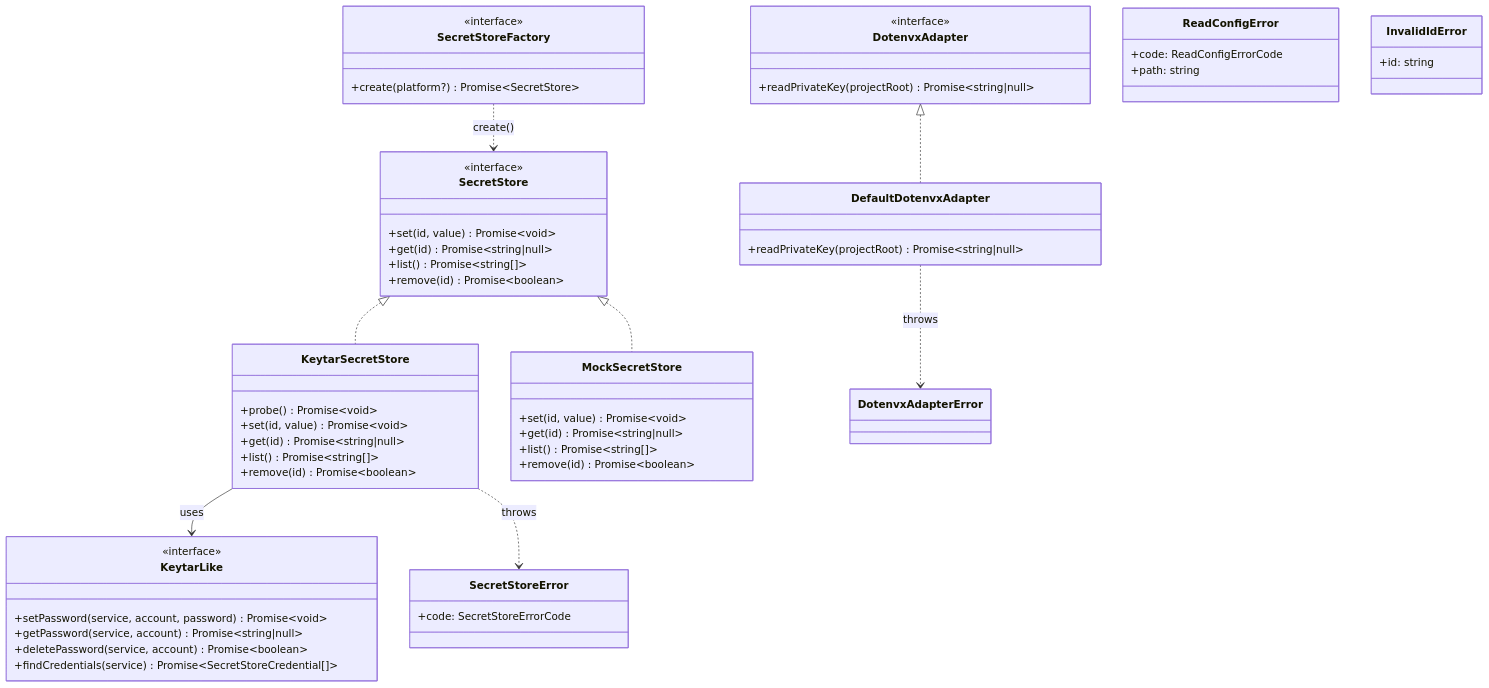
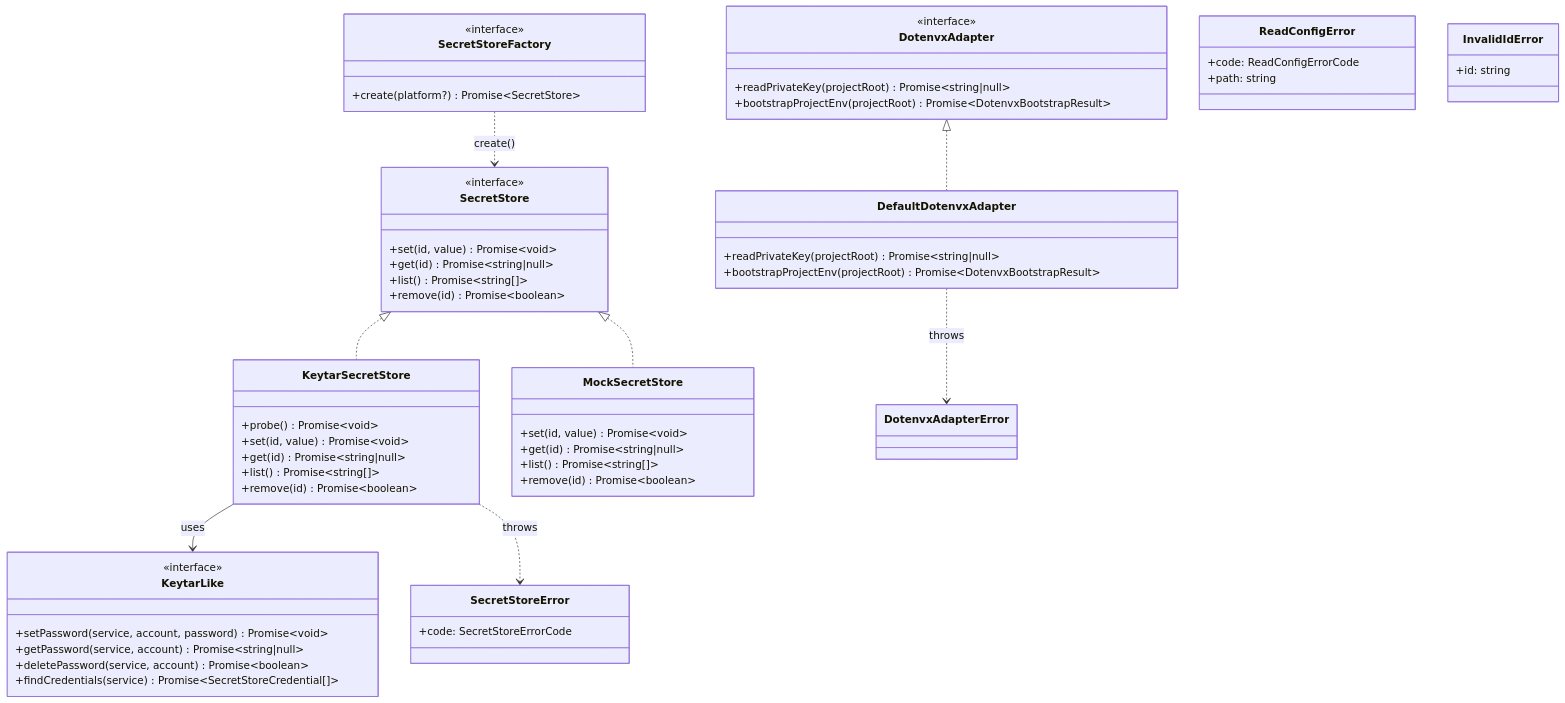
The fourth of 4 diagrams in docs/memo/src-architecture.md (Kei-naga/dotenvx-keychain), drawn with Mermaid before and after one commit. The commit also changed other lines of this file and 14 other files, not shown here.

````diff
--- a/docs/memo/src-architecture.md
+++ b/docs/memo/src-architecture.md
@@ -127,70 +135,72 @@
 ```mermaid
 classDiagram
     class SecretStore {
         <<interface>>
         +set(id, value) Promise~void~
         +get(id) Promise~string|null~
         +list() Promise~string[]~
         +remove(id) Promise~boolean~
     }
 
     class SecretStoreFactory {
         <<interface>>
         +create(platform?) Promise~SecretStore~
     }
 
     class KeytarLike {
         <<interface>>
         +setPassword(service, account, password) Promise~void~
         +getPassword(service, account) Promise~string|null~
         +deletePassword(service, account) Promise~boolean~
         +findCredentials(service) Promise~SecretStoreCredential[]~
     }
 
     class KeytarSecretStore {
         +probe() Promise~void~
         +set(id, value) Promise~void~
         +get(id) Promise~string|null~
         +list() Promise~string[]~
         +remove(id) Promise~boolean~
     }
 
     class MockSecretStore {
         +set(id, value) Promise~void~
         +get(id) Promise~string|null~
         +list() Promise~string[]~
         +remove(id) Promise~boolean~
     }
 
     class DotenvxAdapter {
         <<interface>>
         +readPrivateKey(projectRoot) Promise~string|null~
+        +bootstrapProjectEnv(projectRoot) Promise~DotenvxBootstrapResult~
     }
 
     class DefaultDotenvxAdapter {
         +readPrivateKey(projectRoot) Promise~string|null~
+        +bootstrapProjectEnv(projectRoot) Promise~DotenvxBootstrapResult~
     }
 
     class DotenvxAdapterError
 
     class ReadConfigError {
         +code: ReadConfigErrorCode
         +path: string
     }
 
     class SecretStoreError {
         +code: SecretStoreErrorCode
     }
 
     class InvalidIdError {
         +id: string
     }
 
     SecretStore <|.. KeytarSecretStore
     SecretStore <|.. MockSecretStore
     DotenvxAdapter <|.. DefaultDotenvxAdapter
     SecretStoreFactory ..> SecretStore : create()
     KeytarSecretStore --> KeytarLike : uses
     KeytarSecretStore ..> SecretStoreError : throws
     DefaultDotenvxAdapter ..> DotenvxAdapterError : throws
 ```
````
